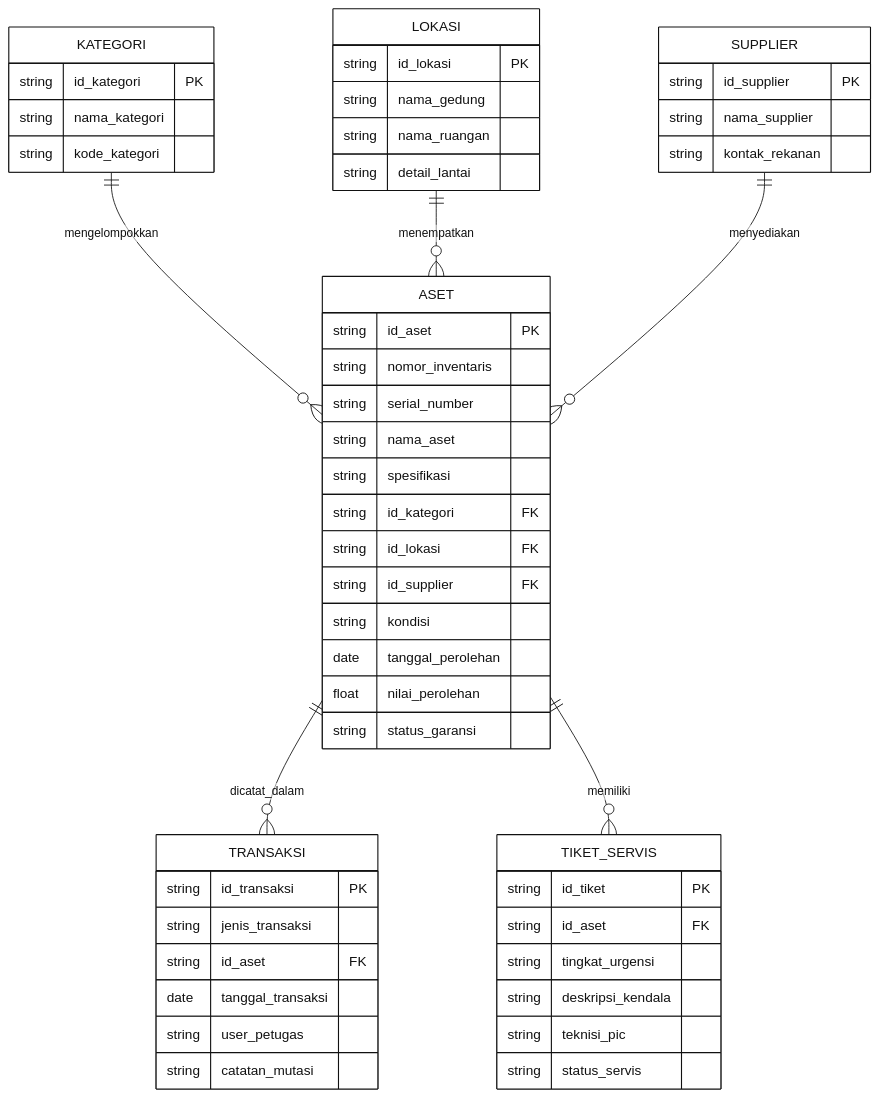
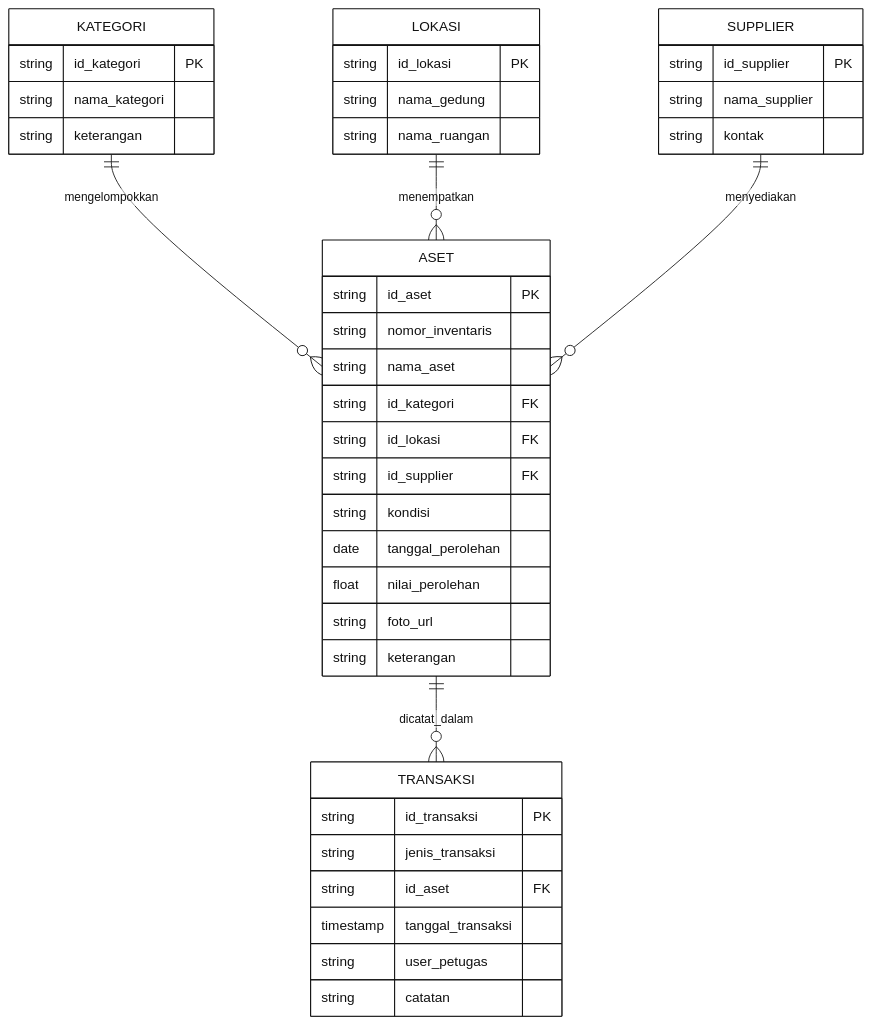
One commit to HeinrichRaxwell/Sarpras changed the first of 4 diagrams in docs/perancangan.md. Above: the diagram before and after it, drawn with Mermaid. The commit also changed other lines of this file and 12 other files, not shown here.

````diff
--- a/docs/perancangan.md
+++ b/docs/perancangan.md
@@ -97,61 +82,49 @@
 ```mermaid
 %%{init: {'theme': 'base', 'themeVariables': { 'primaryColor': '#ffffff', 'primaryBorderColor': '#111111', 'primaryTextColor': '#111111', 'lineColor': '#111111', 'secondaryColor': '#ffffff', 'tertiaryColor': '#ffffff' }}}%%
 erDiagram
     KATEGORI ||--o{ ASET : "mengelompokkan"
     LOKASI ||--o{ ASET : "menempatkan"
     SUPPLIER ||--o{ ASET : "menyediakan"
     ASET ||--o{ TRANSAKSI : "dicatat_dalam"
-    ASET ||--o{ TIKET_SERVIS : "memiliki"
 
     KATEGORI {
         string id_kategori PK
         string nama_kategori
-        string kode_kategori
+        string keterangan
     }
 
     LOKASI {
         string id_lokasi PK
         string nama_gedung
         string nama_ruangan
-        string detail_lantai
     }
 
     SUPPLIER {
         string id_supplier PK
         string nama_supplier
-        string kontak_rekanan
+        string kontak
     }
 
     ASET {
         string id_aset PK
         string nomor_inventaris
-        string serial_number
         string nama_aset
-        string spesifikasi
         string id_kategori FK
         string id_lokasi FK
         string id_supplier FK
         string kondisi
         date tanggal_perolehan
         float nilai_perolehan
-        string status_garansi
+        string foto_url
+        string keterangan
     }
 
     TRANSAKSI {
         string id_transaksi PK
         string jenis_transaksi
         string id_aset FK
-        date tanggal_transaksi
+        timestamp tanggal_transaksi
         string user_petugas
-        string catatan_mutasi
-    }
-
-    TIKET_SERVIS {
-        string id_tiket PK
-        string id_aset FK
-        string tingkat_urgensi
-        string deskripsi_kendala
-        string teknisi_pic
-        string status_servis
+        string catatan
     }
 ```
````
